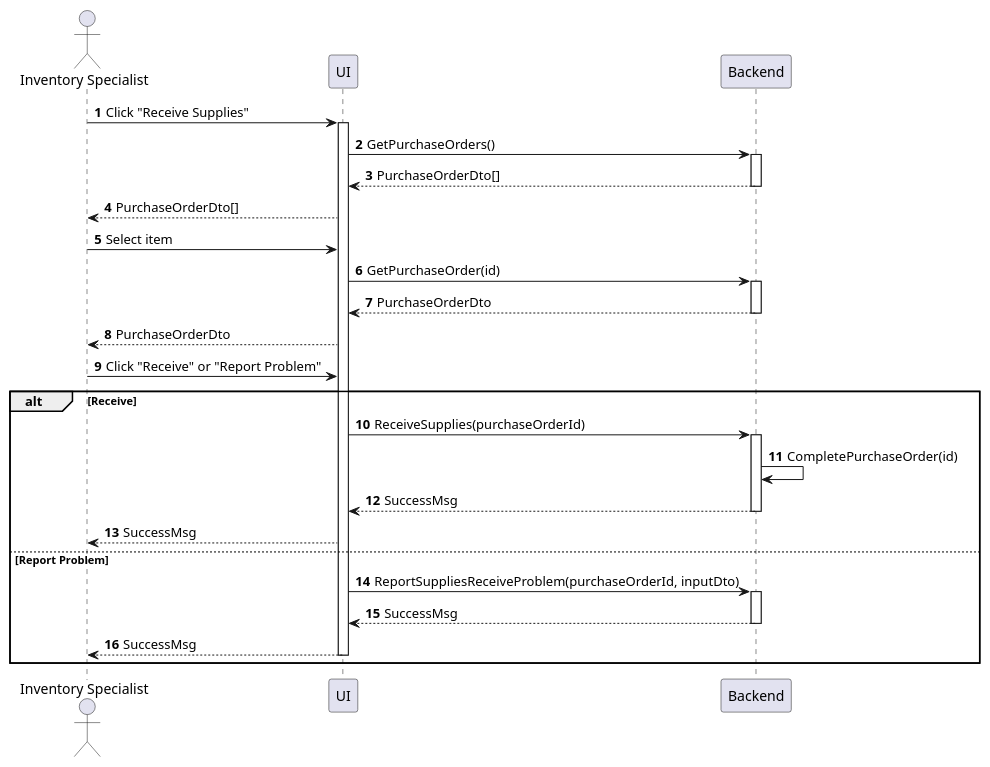
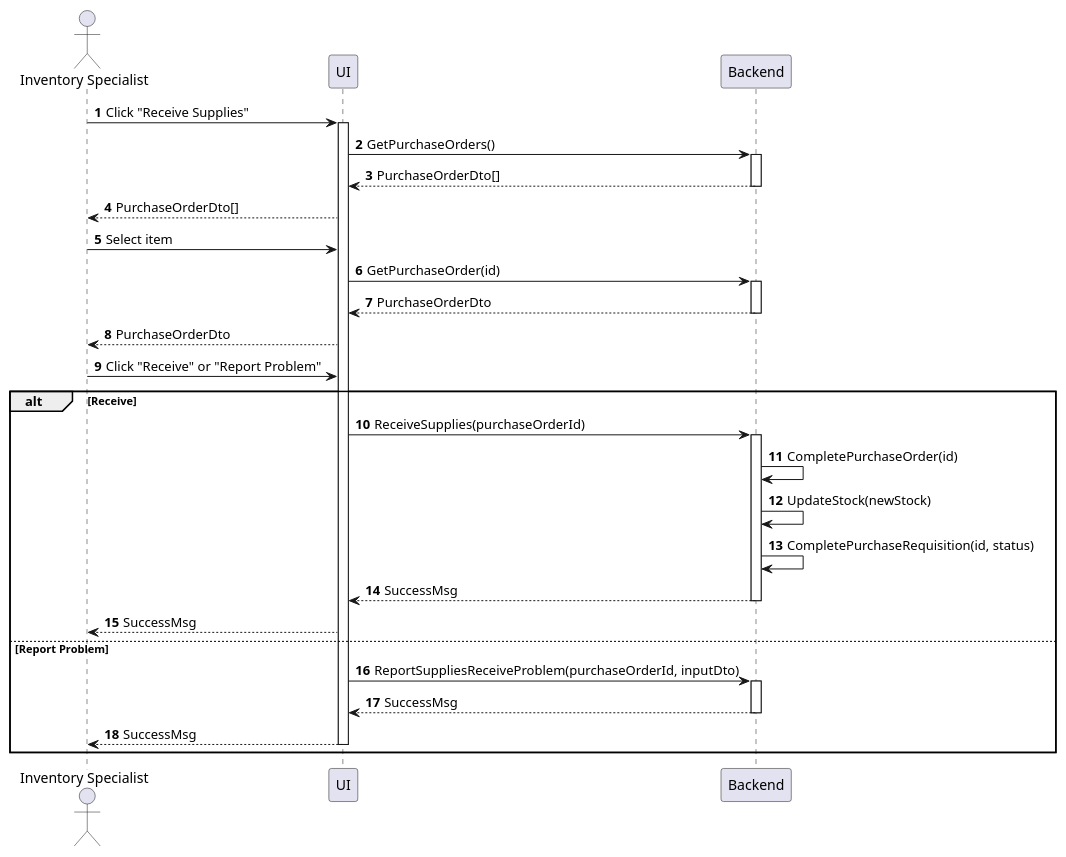
The diagram in sequences/inventory-supply-receive.plantuml (phihungha/scmss-reqs), drawn with PlantUML before and after one commit. The commit also changed 3 other files, not shown here.

```diff
--- a/sequences/inventory-supply-receive.plantuml
+++ b/sequences/inventory-supply-receive.plantuml
@@ -1,34 +1,36 @@
 @startuml inventory-supply-receive
 autonumber
 
 actor "Inventory Specialist" as a
 participant UI as f
 participant Backend as b
 
 a -> f : Click "Receive Supplies"
 activate f
 f -> b : GetPurchaseOrders()
 activate b
 return PurchaseOrderDto[]
 f --> a : PurchaseOrderDto[]
 a -> f : Select item
 f -> b : GetPurchaseOrder(id)
 activate b
 return PurchaseOrderDto
 f --> a : PurchaseOrderDto
 a -> f : Click "Receive" or "Report Problem"
 
 alt Receive
     f -> b : ReceiveSupplies(purchaseOrderId)
     activate b
     b -> b : CompletePurchaseOrder(id)
+    b -> b : UpdateStock(newStock)
+    b -> b : CompletePurchaseRequisition(id, status)
     return SuccessMsg
     f --> a : SuccessMsg
 else Report Problem
     f -> b : ReportSuppliesReceiveProblem(purchaseOrderId, inputDto)
     activate b
     return SuccessMsg
     f --> a : SuccessMsg
     deactivate f
 end
 @enduml
```
